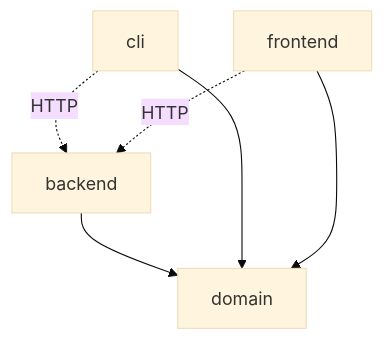
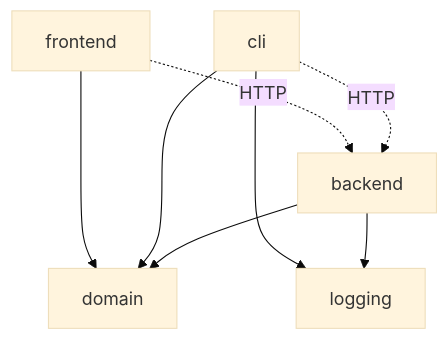
One commit to stimothy/claude-plans changed the diagram in tmp/ARCHITECT.md. Above: the diagram before and after it, drawn with Mermaid (base theme). The commit also changed other lines of this file and 3 other files, not shown here.

````diff
--- a/tmp/ARCHITECT.md
+++ b/tmp/ARCHITECT.md
@@ -19,8 +20,10 @@
 ```mermaid
 flowchart TD
     backend --> domain
     cli --> domain
+    backend --> logging
+    cli --> logging
     frontend --> domain
     cli -. HTTP .-> backend
     frontend -. HTTP .-> backend
 ```
````
